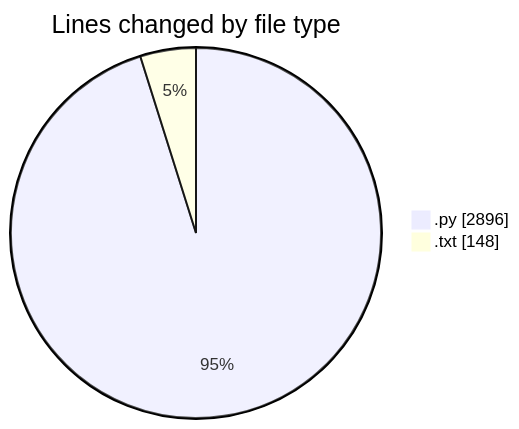
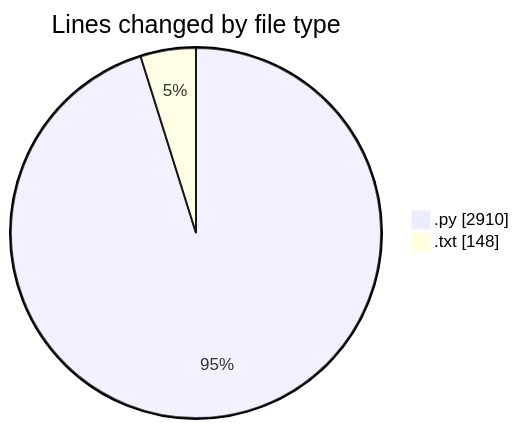
One commit to Ritupan-Deka/code-tracking changed the first of 2 diagrams in 2025-05-26/zip_file/README.md. Above: the diagram before and after it, drawn with Mermaid. The commit also changed other lines of this file and 1 other file, not shown here.

````diff
--- a/2025-05-26/zip_file/README.md
+++ b/2025-05-26/zip_file/README.md
@@ -29,6 +29,6 @@
 ```mermaid
 pie showData
 title Lines changed by file type
-".py" : 2896
+".py" : 2910
 ".txt" : 148
 ```
````
